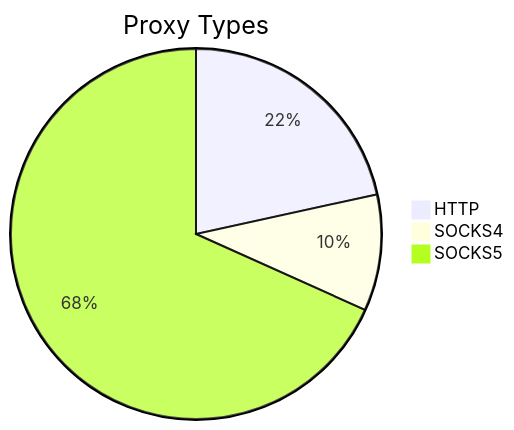
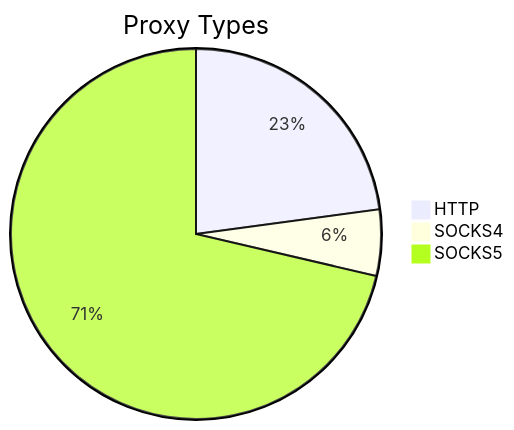
The first of 2 diagrams in README.md (stormsia/proxy-list), drawn with Mermaid before and after one commit. The commit also changed other lines of this file, not shown here.

````diff
--- a/README.md
+++ b/README.md
@@ -21,6 +21,6 @@
 ```mermaid
 pie title Proxy Types
-    "HTTP" : 223
-    "SOCKS4" : 105
-    "SOCKS5" : 706
+    "HTTP" : 91
+    "SOCKS4" : 23
+    "SOCKS5" : 284
 ```
````
